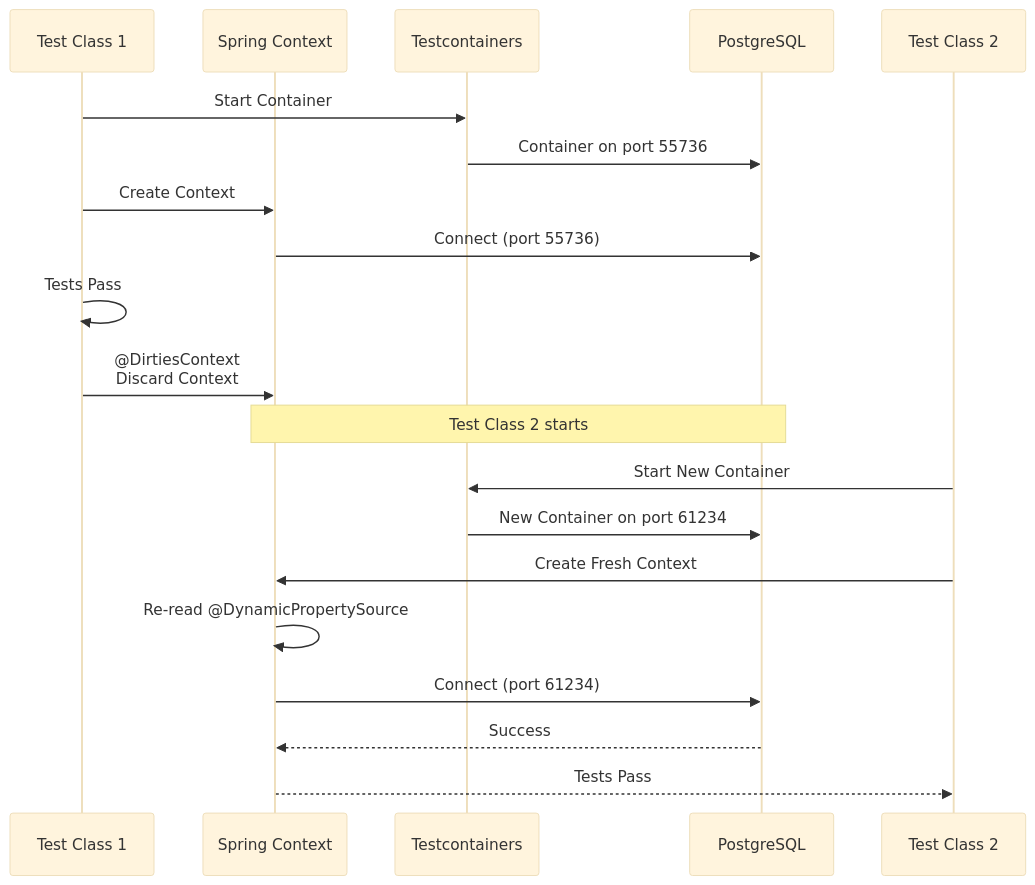
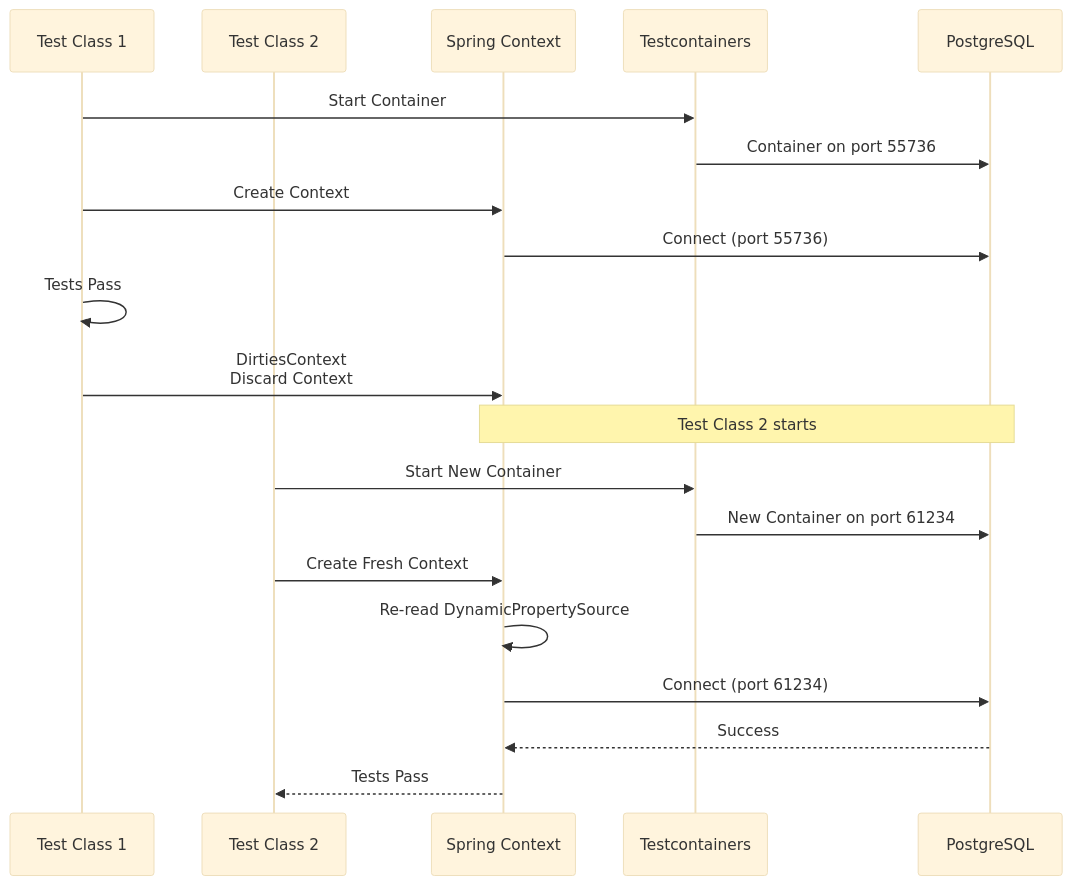
The eighth of 8 diagrams in Overview.md (DCRC95/Event-Analytics-Processing-API), drawn with Mermaid (base theme) before and after one commit.

Commit message:
fix mermaid diagram

````diff
--- a/Overview.md
+++ b/Overview.md
@@ -573,25 +573,25 @@
 ```mermaid
 sequenceDiagram
     participant T1 as Test Class 1
+    participant T2 as Test Class 2
     participant SC as Spring Context
     participant TC as Testcontainers
     participant DB as PostgreSQL
     
     T1->>TC: Start Container
     TC->>DB: Container on port 55736
     T1->>SC: Create Context
     SC->>DB: Connect (port 55736)
     T1->>T1: Tests Pass
-    T1->>SC: @DirtiesContext<br/>Discard Context
+    T1->>SC: DirtiesContext<br/>Discard Context
     
     Note over SC,DB: Test Class 2 starts
     
-    participant T2 as Test Class 2
     T2->>TC: Start New Container
     TC->>DB: New Container on port 61234
     T2->>SC: Create Fresh Context
-    SC->>SC: Re-read @DynamicPropertySource
+    SC->>SC: Re-read DynamicPropertySource
     SC->>DB: Connect (port 61234)
     DB-->>SC: Success
     SC-->>T2: Tests Pass
 ```
````
